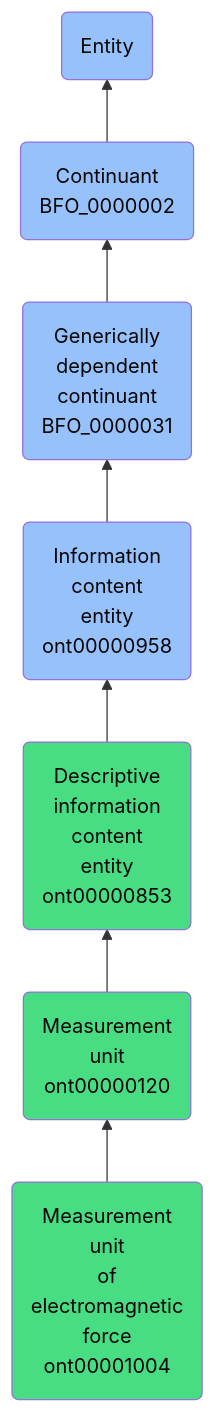
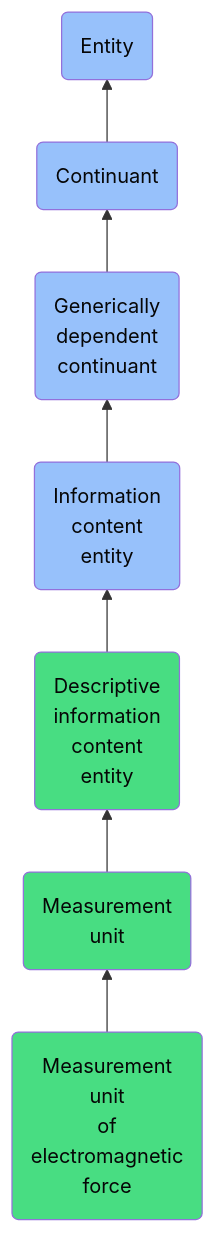
The diagram in docs/ontology/reference/model/Entity/Continuant/Generically dependent continuant/Information content entity/Descriptive information content entity/Measurement unit/Measurement unit of electromagnetic force/Measurement unit of electromagnetic force.md (jupyter-naas/abi), drawn with Mermaid before and after one commit. The commit also changed other lines of this file and 1430 other files, not shown here.

````diff
--- a/docs/ontology/reference/model/Entity/Continuant/Generically dependent continuant/Information content entity/Descriptive information content entity/Measurement unit/Measurement unit of electromagnetic force/Measurement unit of electromagnetic force.md
+++ b/docs/ontology/reference/model/Entity/Continuant/Generically dependent continuant/Information content entity/Descriptive information content entity/Measurement unit/Measurement unit of electromagnetic force/Measurement unit of electromagnetic force.md
@@ -24,14 +24,14 @@
 ```mermaid
 graph BT
-    ont00001004(Measurement<br>unit<br>of<br>electromagnetic<br>force<br>ont00001004):::ABI-->ont00000120
-    ont00000120(Measurement<br>unit<br>ont00000120):::ABI-->ont00000853
-    ont00000853(Descriptive<br>information<br>content<br>entity<br>ont00000853):::ABI-->ont00000958
-    ont00000958(Information<br>content<br>entity<br>ont00000958):::BFO-->BFO_0000031
-    BFO_0000031(Generically<br>dependent<br>continuant<br>BFO_0000031):::BFO-->BFO_0000002
-    BFO_0000002(Continuant<br>BFO_0000002):::BFO-->BFO_0000001
+    ont00001004(Measurement<br>unit<br>of<br>electromagnetic<br>force):::ABI-->ont00000120
+    ont00000120(Measurement<br>unit):::ABI-->ont00000853
+    ont00000853(Descriptive<br>information<br>content<br>entity):::ABI-->ont00000958
+    ont00000958(Information<br>content<br>entity):::BFO-->BFO_0000031
+    BFO_0000031(Generically<br>dependent<br>continuant):::BFO-->BFO_0000002
+    BFO_0000002(Continuant):::BFO-->BFO_0000001
     BFO_0000001(Entity):::BFO
     
     classDef BFO fill:#97c1fb,color:#060606
     classDef CCO fill:#e4c51e,color:#060606
     classDef ABI fill:#48DD82,color:#060606
 ```
````
